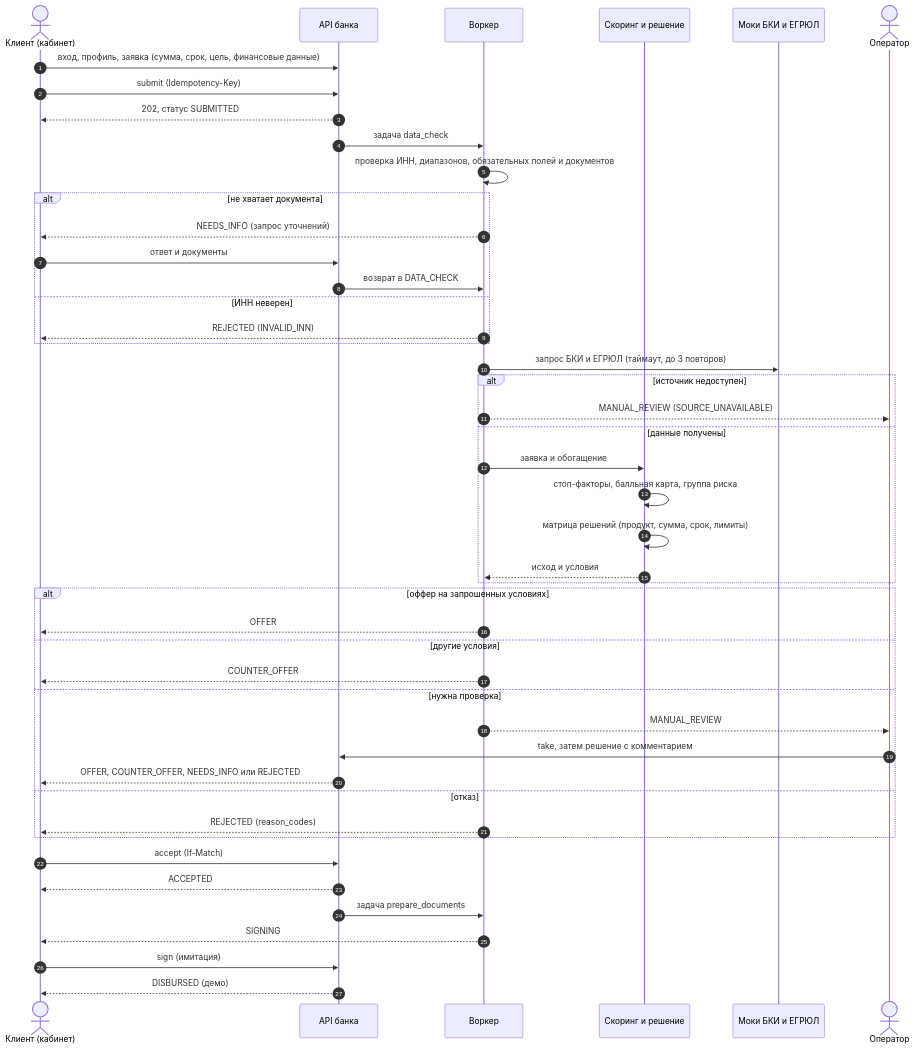
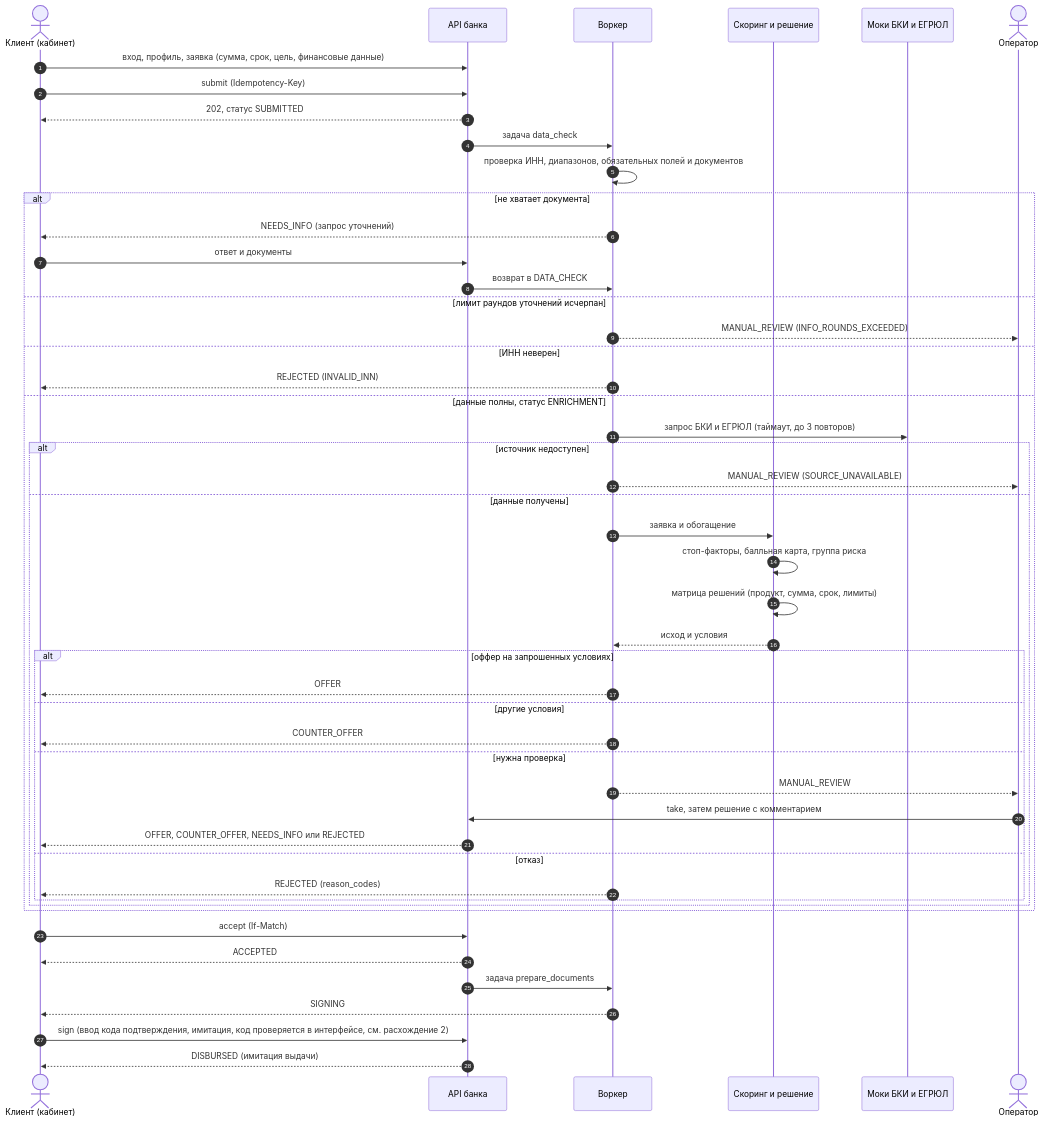
One commit to n1xey/smart-credit-cabinet changed the first of 2 diagrams in docs/process/process_model.md. Above: the diagram before and after it, drawn with Mermaid. The commit also changed other lines of this file and 1 other file, not shown here.

Commit message:
docs(process): restore MVP.md, fix diagrams and signing wording

````diff
--- a/docs/process/process_model.md
+++ b/docs/process/process_model.md
@@ -16,49 +16,52 @@
 ```mermaid
 sequenceDiagram
     autonumber
     actor C as Клиент (кабинет)
     participant API as API банка
     participant W as Воркер
     participant S as Скоринг и решение
     participant EXT as Моки БКИ и ЕГРЮЛ
     actor O as Оператор
 
     C->>API: вход, профиль, заявка (сумма, срок, цель, финансовые данные)
     C->>API: submit (Idempotency-Key)
     API-->>C: 202, статус SUBMITTED
     API->>W: задача data_check
     W->>W: проверка ИНН, диапазонов, обязательных полей и документов
     alt не хватает документа
         W-->>C: NEEDS_INFO (запрос уточнений)
         C->>API: ответ и документы
         API->>W: возврат в DATA_CHECK
+    else лимит раундов уточнений исчерпан
+        W-->>O: MANUAL_REVIEW (INFO_ROUNDS_EXCEEDED)
     else ИНН неверен
         W-->>C: REJECTED (INVALID_INN)
-    end
-    W->>EXT: запрос БКИ и ЕГРЮЛ (таймаут, до 3 повторов)
-    alt источник недоступен
-        W-->>O: MANUAL_REVIEW (SOURCE_UNAVAILABLE)
-    else данные получены
-        W->>S: заявка и обогащение
-        S->>S: стоп-факторы, балльная карта, группа риска
-        S->>S: матрица решений (продукт, сумма, срок, лимиты)
-        S-->>W: исход и условия
-    end
-    alt оффер на запрошенных условиях
-        W-->>C: OFFER
-    else другие условия
-        W-->>C: COUNTER_OFFER
-    else нужна проверка
-        W-->>O: MANUAL_REVIEW
-        O->>API: take, затем решение с комментарием
-        API-->>C: OFFER, COUNTER_OFFER, NEEDS_INFO или REJECTED
-    else отказ
-        W-->>C: REJECTED (reason_codes)
+    else данные полны, статус ENRICHMENT
+        W->>EXT: запрос БКИ и ЕГРЮЛ (таймаут, до 3 повторов)
+        alt источник недоступен
+            W-->>O: MANUAL_REVIEW (SOURCE_UNAVAILABLE)
+        else данные получены
+            W->>S: заявка и обогащение
+            S->>S: стоп-факторы, балльная карта, группа риска
+            S->>S: матрица решений (продукт, сумма, срок, лимиты)
+            S-->>W: исход и условия
+            alt оффер на запрошенных условиях
+                W-->>C: OFFER
+            else другие условия
+                W-->>C: COUNTER_OFFER
+            else нужна проверка
+                W-->>O: MANUAL_REVIEW
+                O->>API: take, затем решение с комментарием
+                API-->>C: OFFER, COUNTER_OFFER, NEEDS_INFO или REJECTED
+            else отказ
+                W-->>C: REJECTED (reason_codes)
+            end
+        end
     end
     C->>API: accept (If-Match)
     API-->>C: ACCEPTED
     API->>W: задача prepare_documents
     W-->>C: SIGNING
-    C->>API: sign (имитация)
-    API-->>C: DISBURSED (демо)
+    C->>API: sign (ввод кода подтверждения, имитация, код проверяется в интерфейсе, см. расхождение 2)
+    API-->>C: DISBURSED (имитация выдачи)
 ```
````
